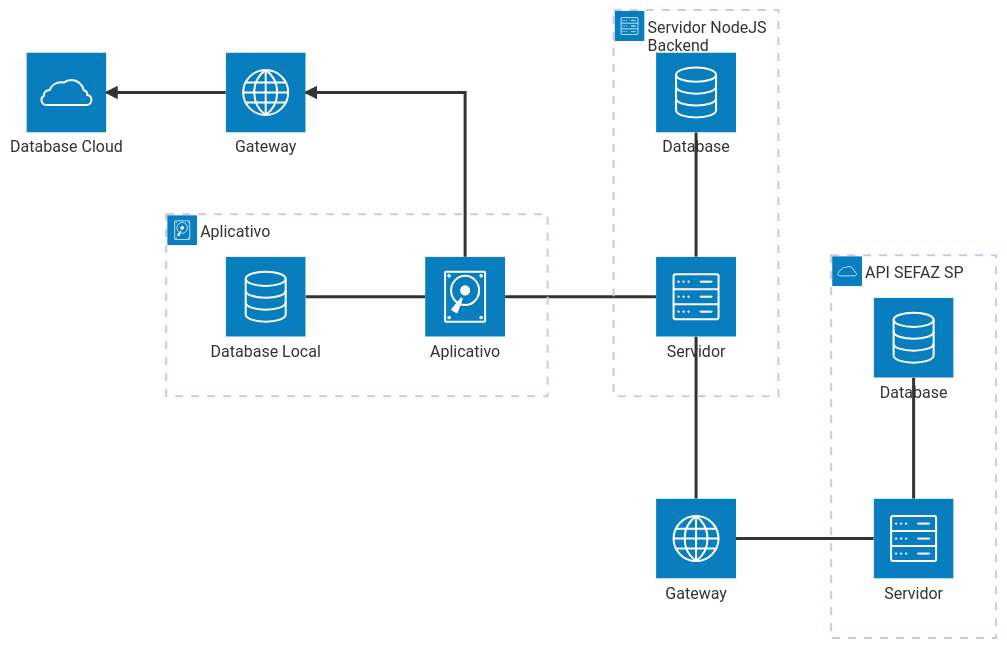
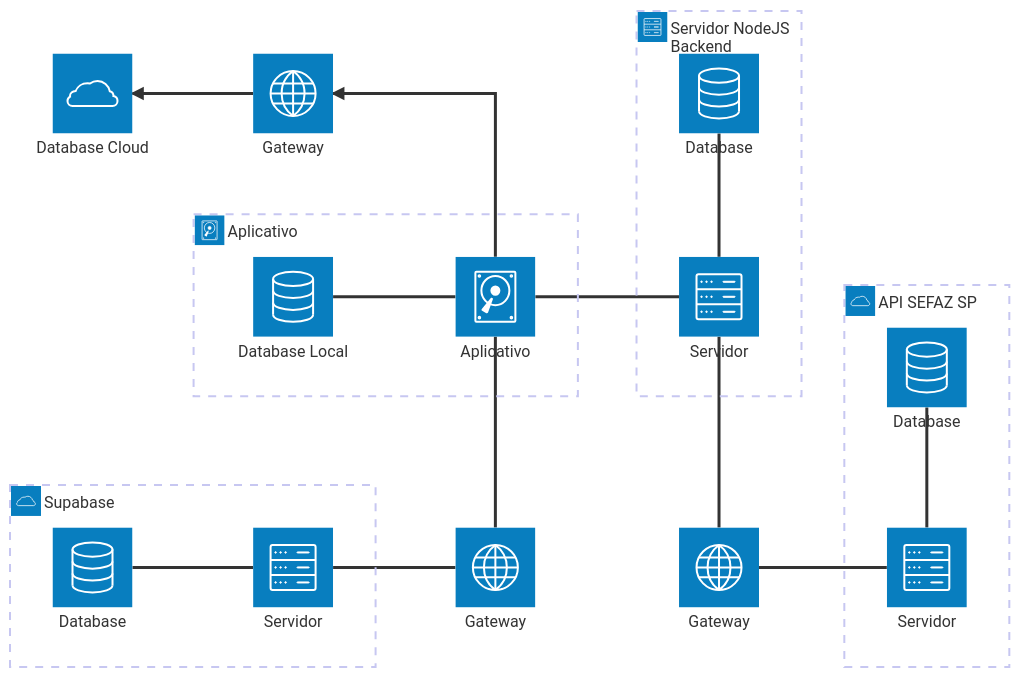
One commit to gui-bvr/projeto-portifolio-FiscalBox changed the second of 2 diagrams in README.md. Above: the diagram before and after it, drawn with Mermaid. The commit also changed other lines of this file, not shown here.

Commit message:
Correções finais README.md

````diff
--- a/README.md
+++ b/README.md
@@ -142,28 +142,37 @@
 ```mermaid
 architecture-beta
 
 service gateway1(internet)[Gateway]
 service gateway2(internet)[Gateway]
+service gateway3(internet)[Gateway]
 service DBCloud(cloud)[Database Cloud]
 
 group api_sefaz_sp(cloud)[API SEFAZ SP]
     service DBSefaz(database)[Database] in api_sefaz_sp
     service ServerSefaz(server)[Servidor] in api_sefaz_sp
 
 group backend_NodeJS(server)[Servidor NodeJS Backend]
     service DBNode(database)[Database] in backend_NodeJS
     service ServerNode(server)[Servidor] in backend_NodeJS
 
 group App(disk)[Aplicativo]
     service Aplicativo(disk)[Aplicativo] in App
     service DBAplicativo(database)[Database Local] in App
+
+group supabase(cloud)[Supabase]
+    service DBSupabase(database)[Database] in supabase
+    service ServerSupabase(server)[Servidor] in supabase
+
     
 DBAplicativo:R -- L:Aplicativo
 Aplicativo:T --> R:gateway2
 gateway2:L --> R:DBCloud
 gateway1:T -- B:ServerNode
 ServerNode:T -- B:DBNode
 gateway1:R -- L:ServerSefaz
 ServerSefaz:T -- B:DBSefaz
 Aplicativo:R -- L:ServerNode
+Aplicativo:B -- T:gateway3
+gateway3:L -- R:ServerSupabase
+DBSupabase:R -- L:ServerSupabase
 ```
````
